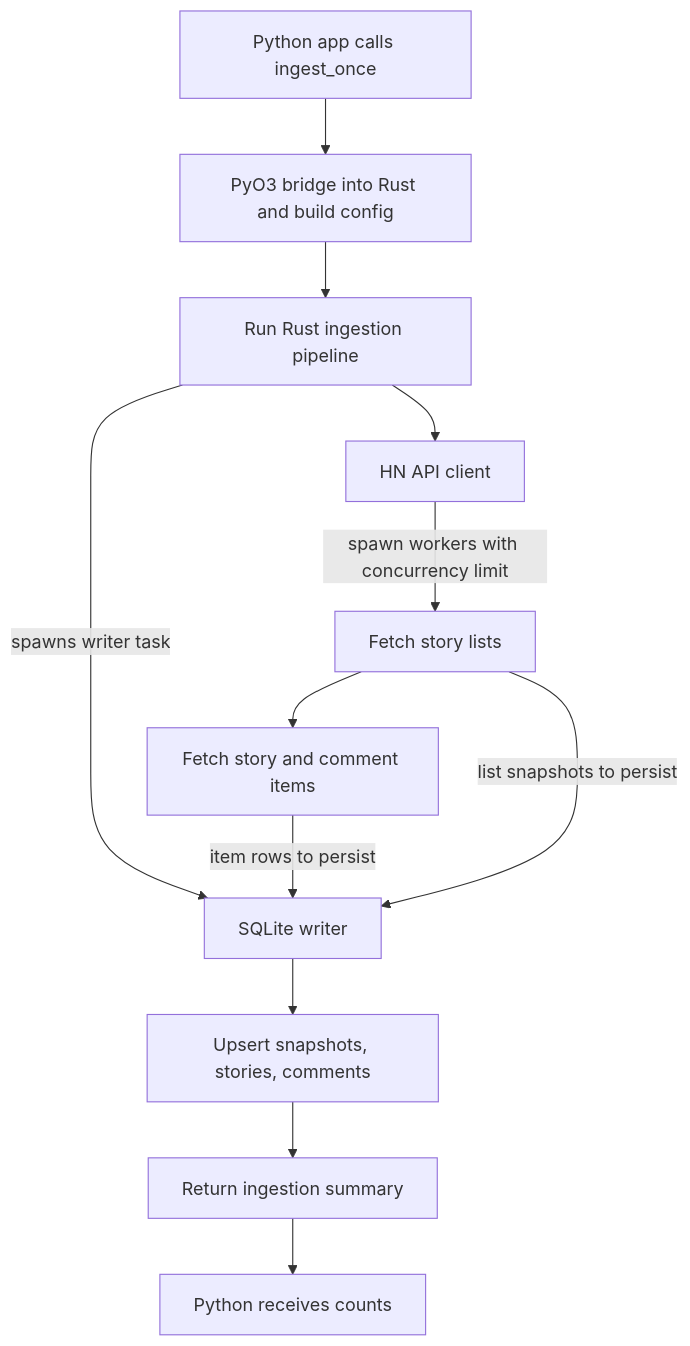
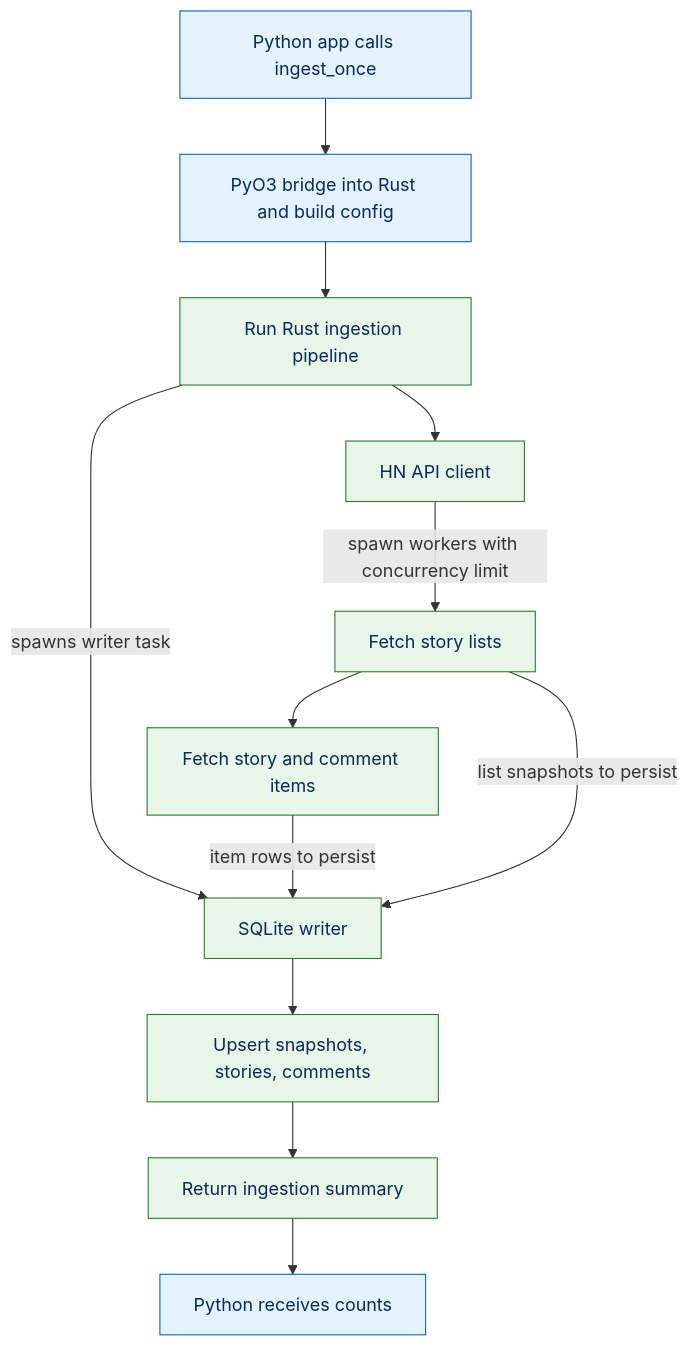
The second of 3 diagrams in content/post/20260207-hacker-news-reader/index.md (ceshine/ceshine-hugo), drawn with Mermaid before and after one commit. The commit also changed other lines of this file, not shown here.

````diff
--- a/content/post/20260207-hacker-news-reader/index.md
+++ b/content/post/20260207-hacker-news-reader/index.md
@@ -105,18 +105,21 @@
 ```mermaid
 flowchart TD
-    A[Python app calls ingest_once] --> B[PyO3 bridge into Rust and build config]
-    B --> D[Run Rust ingestion pipeline]
+    A[Python app calls ingest_once]:::python --> B[PyO3 bridge into Rust and build config]:::python
+    B --> D[Run Rust ingestion pipeline]:::rust
 
-    D --> E[HN API client]
-    D -->|spawns writer task| F[SQLite writer]
+    D --> E[HN API client]:::rust
+    D -->|spawns writer task| F[SQLite writer]:::rust
 
-    E -->|spawn workers with concurrency limit| G[Fetch story lists]
-    G --> H[Fetch story and comment items]
+    E -->|spawn workers with concurrency limit| G[Fetch story lists]:::rust
+    G --> H[Fetch story and comment items]:::rust
 
     H -->|item rows to persist| F
     G -->|list snapshots to persist| F
 
-    F --> I[Upsert snapshots, stories, comments]
-    I --> J[Return ingestion summary]
-    J --> K[Python receives counts]
+    F --> I[Upsert snapshots, stories, comments]:::rust
+    I --> J[Return ingestion summary]:::rust
+    J --> K[Python receives counts]:::python
+    
+    classDef rust fill:#e8f5e9,stroke:#2e7d32,stroke-width:1px,color:#0b2b55;
+    classDef python fill:#e3f2fd,stroke:#1565c0,stroke-width:1px,color:#0b2b55;
 ```
````
